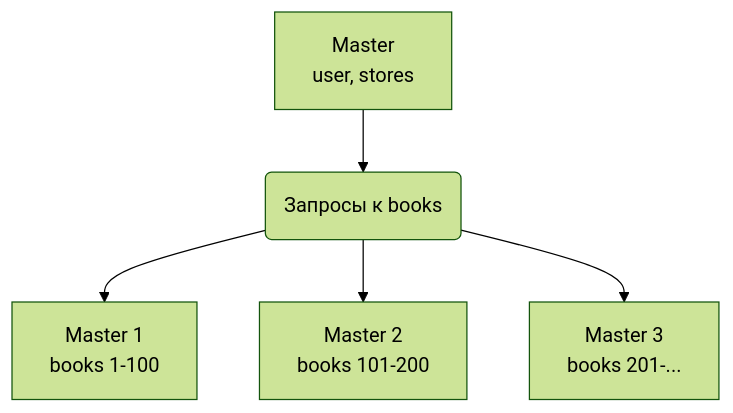
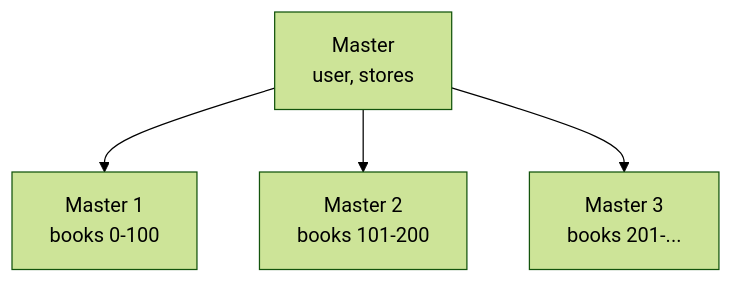
One commit to nikitarostorguev8837-alt/sdb-hw-12-07 changed the first of 2 diagrams in README.md. Above: the diagram before and after it, drawn with Mermaid (forest theme).

````diff
--- a/README.md
+++ b/README.md
@@ -27,8 +27,6 @@
 ```mermaid
 graph TD
-MainDB[Master<br>user, stores] --> Books(Запросы к books)
-
-Books --> Master1[Master 1<br>books 1-100]
-Books --> Master2[Master 2<br>books 101-200]
-Books --> Master3[Master 3<br>books 201-...]
+MainDB[Master<br>user, stores] --> Master1[Master 1<br>books 0-100]
+MainDB --> Master2[Master 2<br>books 101-200]
+MainDB --> Master3[Master 3<br>books 201-...]
 ```
````
